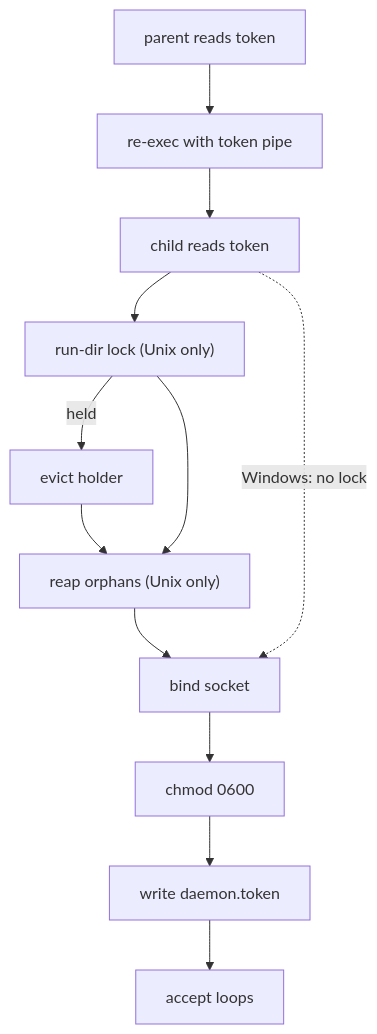
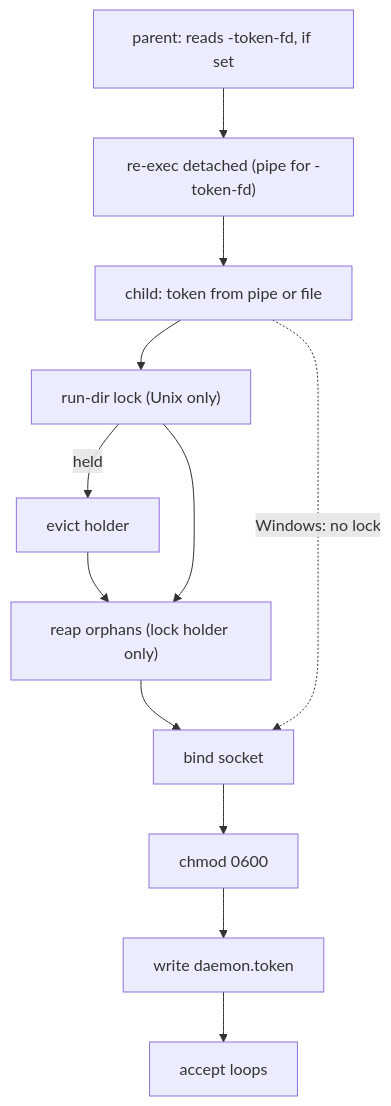
The first of 3 diagrams in docs/ARCHITECTURE.md (schubydoo/claustrum), drawn with Mermaid before and after one commit. The commit also changed other lines of this file, not shown here.

Commit message:
docs: correct the start diagram and restore evidence in ARCHITECTURE

````diff
--- a/docs/ARCHITECTURE.md
+++ b/docs/ARCHITECTURE.md
@@ -84,14 +82,14 @@
 ```mermaid
 flowchart TD
-    A["parent reads token"] --> B["re-exec with token pipe"]
-    B --> C["child reads token"]
+    A["parent: reads -token-fd, if set"] --> B["re-exec detached (pipe for -token-fd)"]
+    B --> C["child: token from pipe or file"]
     C --> D["run-dir lock (Unix only)"]
     D -->|"held"| E["evict holder"]
     E --> F
-    D --> F["reap orphans (Unix only)"]
+    D --> F["reap orphans (lock holder only)"]
     F --> G["bind socket"]
     C -.->|"Windows: no lock"| G
     G --> H["chmod 0600"]
     H --> I["write daemon.token"]
     I --> J["accept loops"]
 ```
````
